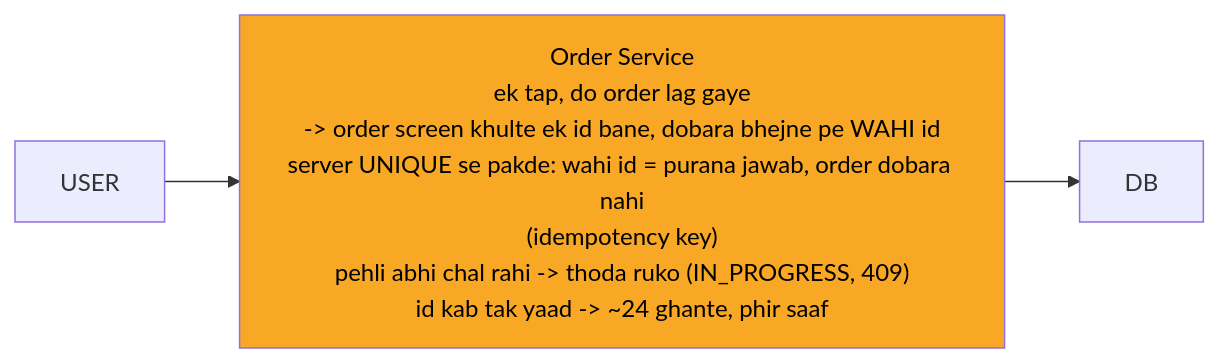
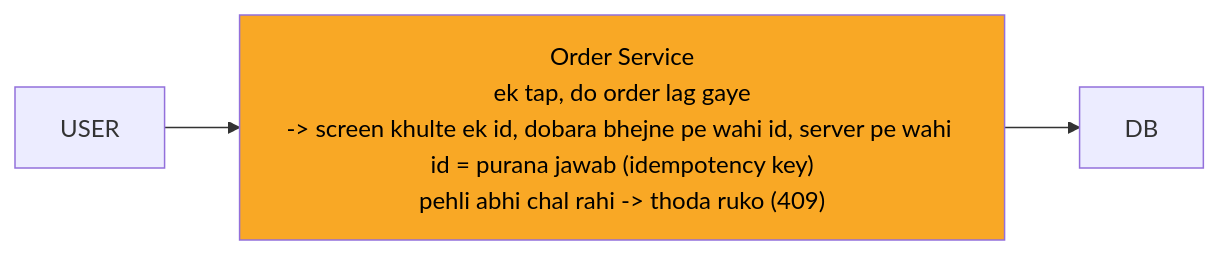
One commit to ArpanMaheshwari144/Prep changed the diagram in 04_HLD/SYSTEM_DESIGNS/05_stock_broker_trading/img/c1.mmd. Above: the diagram before and after it, drawn with Mermaid. The commit also changed 39 other files, not shown here.

```diff
--- a/04_HLD/SYSTEM_DESIGNS/05_stock_broker_trading/img/c1.mmd
+++ b/04_HLD/SYSTEM_DESIGNS/05_stock_broker_trading/img/c1.mmd
@@ -1,8 +1,8 @@
 %%{init: {"flowchart": {"wrappingWidth": 450}}}%%
 flowchart LR
     n_USER["USER"]
-    n_Order_Service["Order Service<br/>ek tap, do order lag gaye<br/>-> order screen khulte ek id bane, dobara bhejne pe WAHI id<br/>server UNIQUE se pakde: wahi id = purana jawab, order dobara nahi<br/>(idempotency key)<br/>pehli abhi chal rahi -> thoda ruko (IN_PROGRESS, 409)<br/>id kab tak yaad -> ~24 ghante, phir saaf"]
+    n_Order_Service["Order Service<br/>ek tap, do order lag gaye<br/>-> screen khulte ek id, dobara bhejne pe wahi id, server pe wahi id = purana jawab (idempotency key)<br/>pehli abhi chal rahi -> thoda ruko (409)"]
     n_DB["DB"]
     n_USER --> n_Order_Service
     n_Order_Service --> n_DB
     style n_Order_Service fill:#f9a825,color:#000
```
